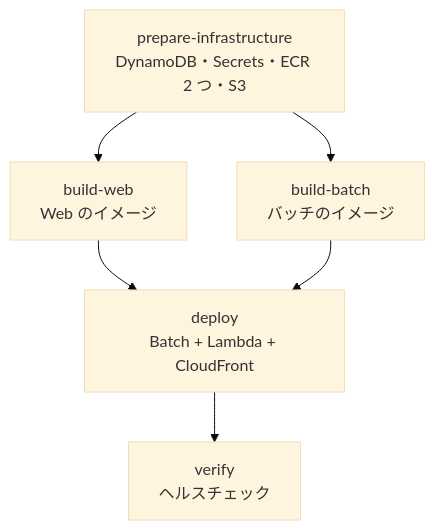
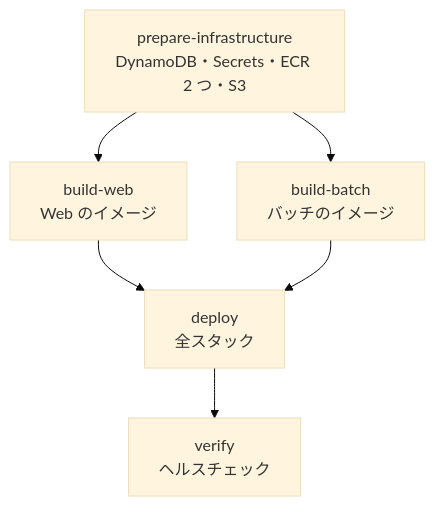
One commit to nagiyu/nagiyu-platform changed the diagram in docs/services/niconico-mylist-assistant/specs/deploy.md. Above: the diagram before and after it, drawn with Mermaid (base theme). The commit also changed other lines of this file and 11 other files, not shown here.

````diff
--- a/docs/services/niconico-mylist-assistant/specs/deploy.md
+++ b/docs/services/niconico-mylist-assistant/specs/deploy.md
@@ -52,8 +50,8 @@
 ```mermaid
 flowchart TD
     A[prepare-infrastructure<br/>DynamoDB・Secrets・ECR 2 つ・S3] --> B[build-web<br/>Web のイメージ]
     A --> C[build-batch<br/>バッチのイメージ]
-    B --> D[deploy<br/>Batch + Lambda + CloudFront]
+    B --> D[deploy<br/>全スタック]
     C --> D
     D --> E[verify<br/>ヘルスチェック]
 ```
````
